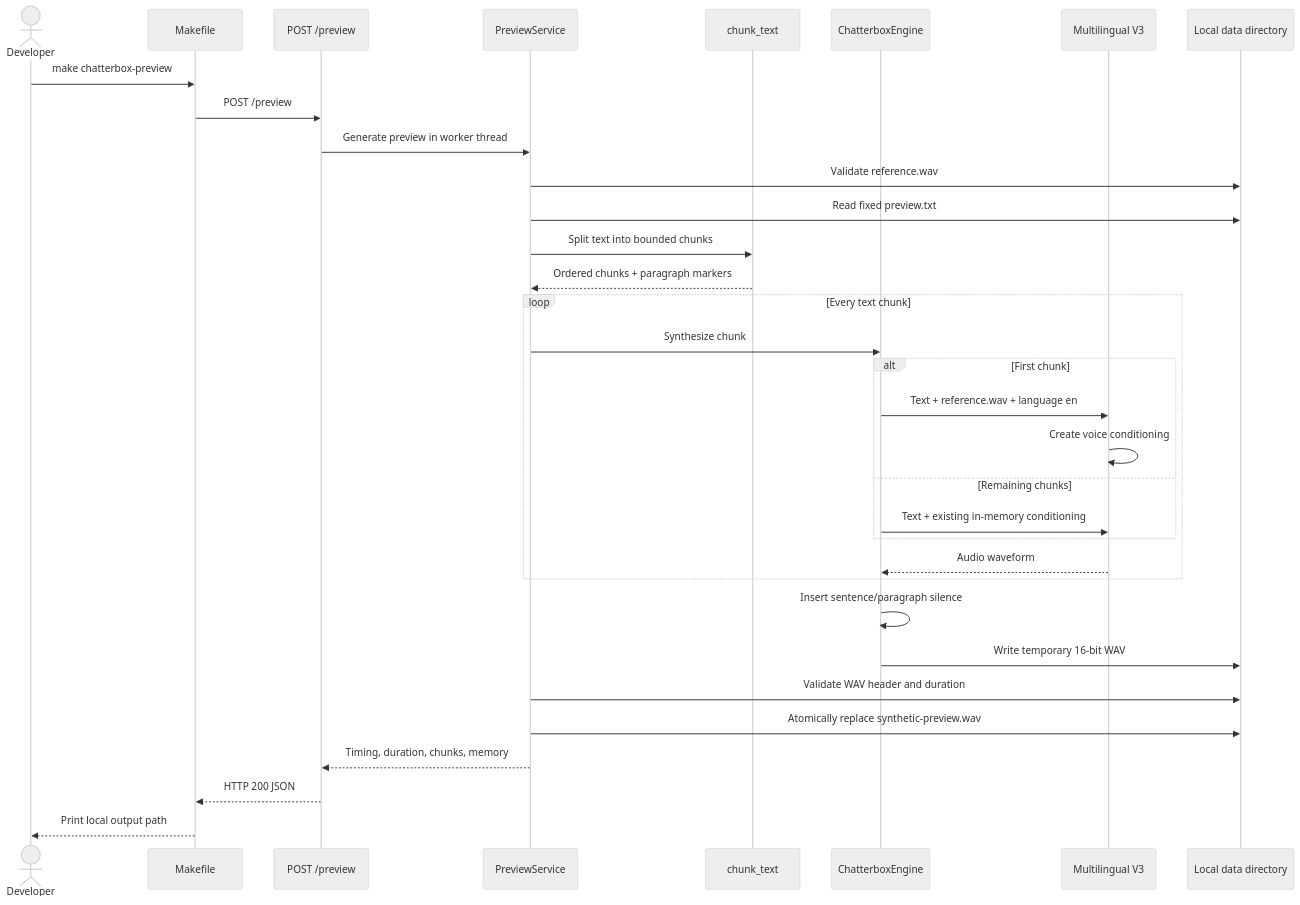
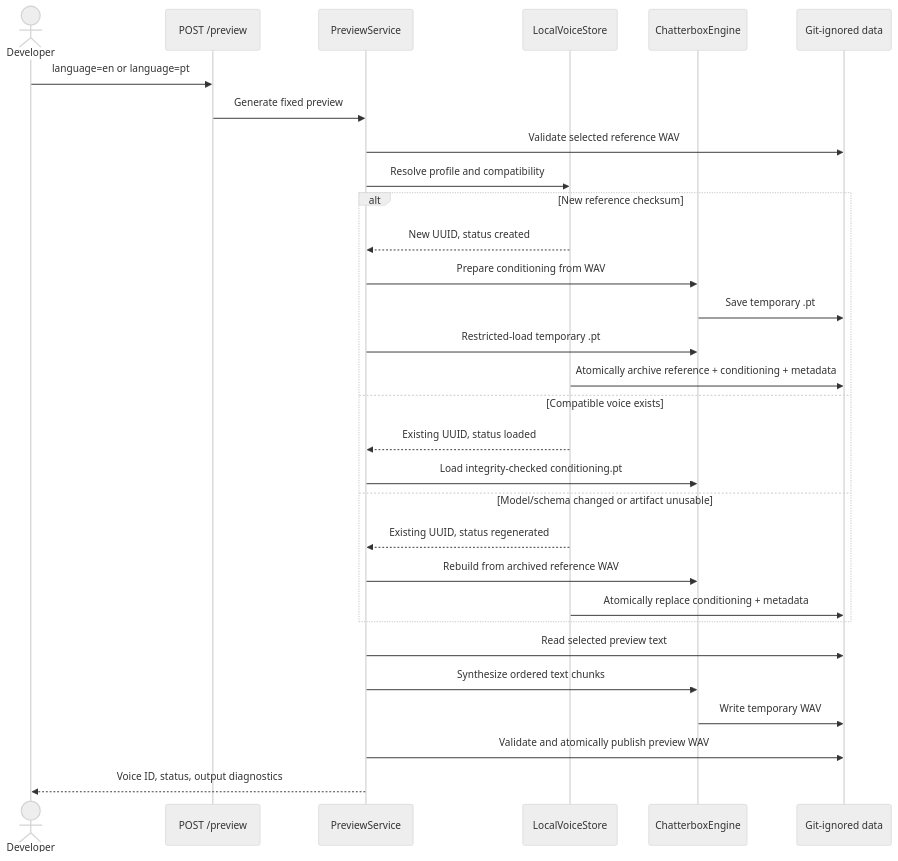
Before and after one commit to FabioRNobrega/book-notes-ia: the second of 3 diagrams in services/ChatterboxTtsService/README.md, drawn with Mermaid (neutral theme). The commit also changed other lines of this file and 25 other files, not shown here.

Commit message:
feat(voice-cloning): enhance Chatterbox TTS service with multilingual support and improved readiness checks

````diff
--- a/services/ChatterboxTtsService/README.md
+++ b/services/ChatterboxTtsService/README.md
@@ -101,38 +84,35 @@
 ```mermaid
 sequenceDiagram
     actor Developer
-    participant Make as Makefile
     participant API as POST /preview
     participant Service as PreviewService
-    participant Chunker as chunk_text
+    participant Store as LocalVoiceStore
     participant Engine as ChatterboxEngine
-    participant Model as Multilingual V3
-    participant Disk as Local data directory
+    participant Disk as Git-ignored data
 
-    Developer->>Make: make chatterbox-preview
-    Make->>API: POST /preview
-    API->>Service: Generate preview in worker thread
-    Service->>Disk: Validate reference.wav
-    Service->>Disk: Read fixed preview.txt
-    Service->>Chunker: Split text into bounded chunks
-    Chunker-->>Service: Ordered chunks + paragraph markers
+    Developer->>API: language=en or language=pt
+    API->>Service: Generate fixed preview
+    Service->>Disk: Validate selected reference WAV
+    Service->>Store: Resolve profile and compatibility
 
-    loop Every text chunk
-        Service->>Engine: Synthesize chunk
-        alt First chunk
-            Engine->>Model: Text + reference.wav + language en
-            Model->>Model: Create voice conditioning
-        else Remaining chunks
-            Engine->>Model: Text + existing in-memory conditioning
-        end
-        Model-->>Engine: Audio waveform
+    alt New reference checksum
+        Store-->>Service: New UUID, status created
+        Service->>Engine: Prepare conditioning from WAV
+        Engine->>Disk: Save temporary .pt
+        Service->>Engine: Restricted-load temporary .pt
+        Store->>Disk: Atomically archive reference + conditioning + metadata
+    else Compatible voice exists
+        Store-->>Service: Existing UUID, status loaded
+        Service->>Engine: Load integrity-checked conditioning.pt
+    else Model/schema changed or artifact unusable
+        Store-->>Service: Existing UUID, status regenerated
+        Service->>Engine: Rebuild from archived reference WAV
+        Store->>Disk: Atomically replace conditioning + metadata
     end
 
-    Engine->>Engine: Insert sentence/paragraph silence
-    Engine->>Disk: Write temporary 16-bit WAV
-    Service->>Disk: Validate WAV header and duration
-    Service->>Disk: Atomically replace synthetic-preview.wav
-    Service-->>API: Timing, duration, chunks, memory
-    API-->>Make: HTTP 200 JSON
-    Make-->>Developer: Print local output path
+    Service->>Disk: Read selected preview text
+    Service->>Engine: Synthesize ordered text chunks
+    Engine->>Disk: Write temporary WAV
+    Service->>Disk: Validate and atomically publish preview WAV
+    Service-->>Developer: Voice ID, status, output diagnostics
 ```
````
